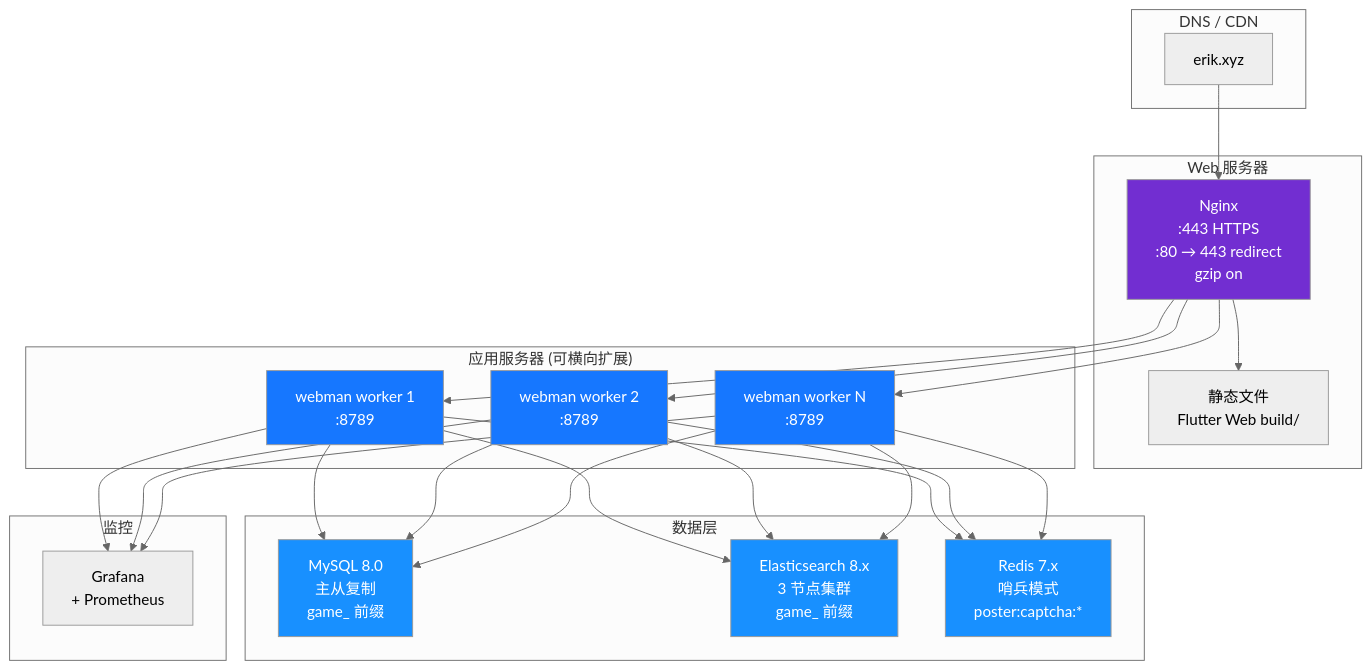
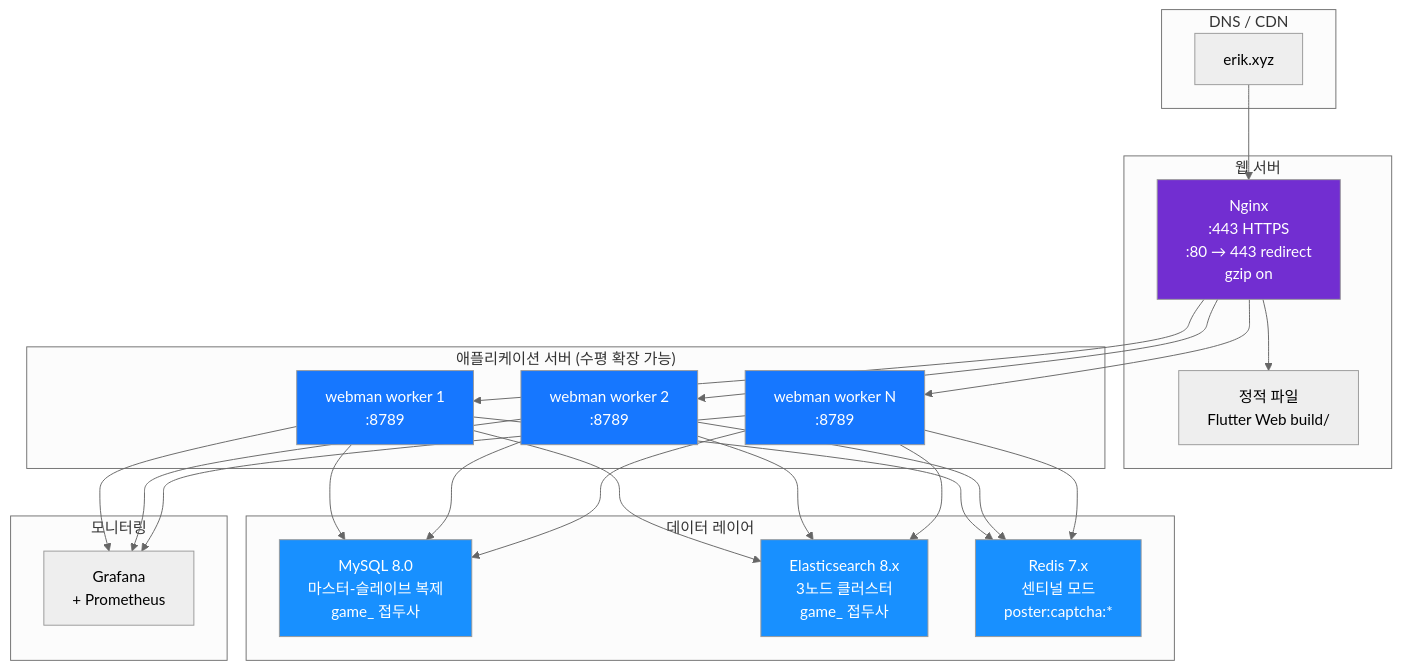
One commit to erikwang2013/game-platform-php changed diagram 14 of 14 in admin/docs/ARCHITECTURE.ko.md. Above: the diagram before and after it, drawn with Mermaid (neutral theme). The commit also changed other lines of this file and 211 other files, not shown here.

First line of the commit message:
fix: 支付配置读回类型根治、提现事件对账巡检，12 语族 mermaid 与 API 标签本地化

````diff
--- a/admin/docs/ARCHITECTURE.ko.md
+++ b/admin/docs/ARCHITECTURE.ko.md
@@ -647,43 +647,43 @@
 ```mermaid
 flowchart TB
     subgraph "DNS / CDN"
         DNS["erik.xyz"]
     end
 
-    subgraph "Web 服务器"
+    subgraph "웹 서버"
         NGX["Nginx<br/>:443 HTTPS<br/>:80 → 443 redirect<br/>gzip on"]
-        STA["静态文件<br/>Flutter Web build/"]
+        STA["정적 파일<br/>Flutter Web build/"]
     end
 
-    subgraph "应用服务器 (可横向扩展)"
+    subgraph "애플리케이션 서버 (수평 확장 가능)"
         WM1["webman worker 1<br/>:8789"]
         WM2["webman worker 2<br/>:8789"]
         WM3["webman worker N<br/>:8789"]
     end
 
-    subgraph "数据层"
-        MYSQL["MySQL 8.0<br/>主从复制<br/>game_ 前缀"]
-        ES["Elasticsearch 8.x<br/>3 节点集群<br/>game_ 前缀"]
-        REDIS["Redis 7.x<br/>哨兵模式<br/>poster:captcha:*"]
+    subgraph "데이터 레이어"
+        MYSQL["MySQL 8.0<br/>마스터-슬레이브 복제<br/>game_ 접두사"]
+        ES["Elasticsearch 8.x<br/>3노드 클러스터<br/>game_ 접두사"]
+        REDIS["Redis 7.x<br/>센티널 모드<br/>poster:captcha:*"]
     end
 
-    subgraph "监控"
+    subgraph "모니터링"
         MON["Grafana<br/>+ Prometheus"]
     end
 
     DNS --> NGX
     NGX --> STA
     NGX --> WM1 & WM2 & WM3
     WM1 & WM2 & WM3 --> MYSQL
     WM1 & WM2 & WM3 --> ES
     WM1 & WM2 & WM3 --> REDIS
     WM1 & WM2 & WM3 --> MON
 
     style NGX fill:#722ED1,color:#fff
     style WM1 fill:#1677FF,color:#fff
     style WM2 fill:#1677FF,color:#fff
     style WM3 fill:#1677FF,color:#fff
     style MYSQL fill:#1890FF,color:#fff
     style ES fill:#1890FF,color:#fff
     style REDIS fill:#1890FF,color:#fff
 ```
````
